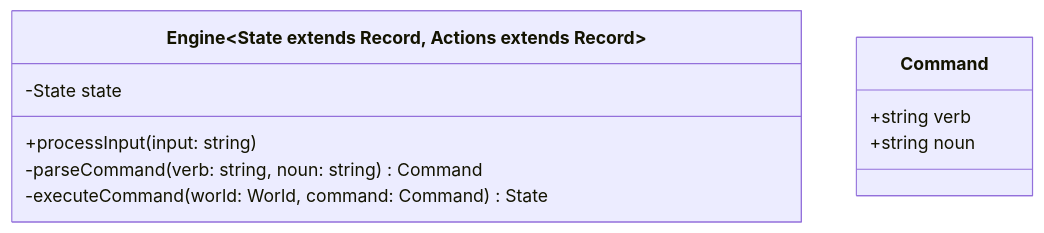
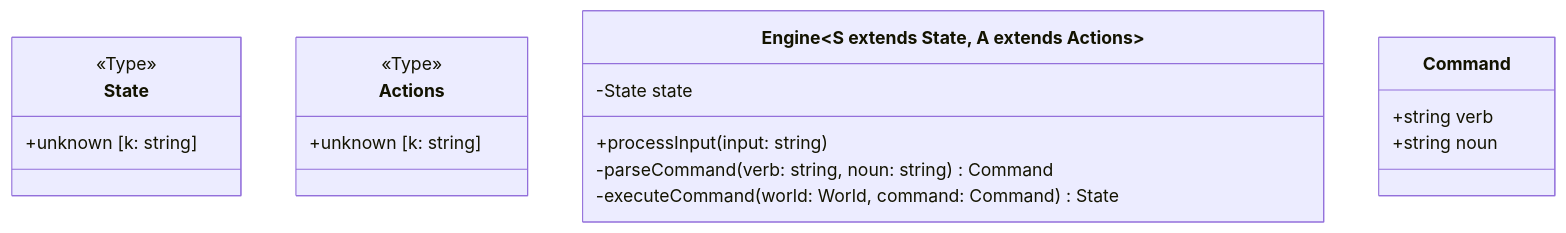
Before and after one commit to flipactual/text-adventure-experiment: the diagram in README.md, drawn with Mermaid.

````diff
--- a/README.md
+++ b/README.md
@@ -3,13 +3,21 @@
 ```mermaid
 classDiagram
-class Engine~State extends Record, Actions extends Record~ {
+class State {
+  <<Type>>
+  +unknown [k: string]
+}
+class Actions {
+  <<Type>>
+  +unknown [k: string]
+}
+class Engine~S extends State, A extends Actions~ {
   -State state
   +processInput(input: string)
   -parseCommand(verb: string, noun: string) Command
   -executeCommand(world: World, command: Command) State
 }
 class Command {
   +string verb
   +string noun
 }
 ```
````
